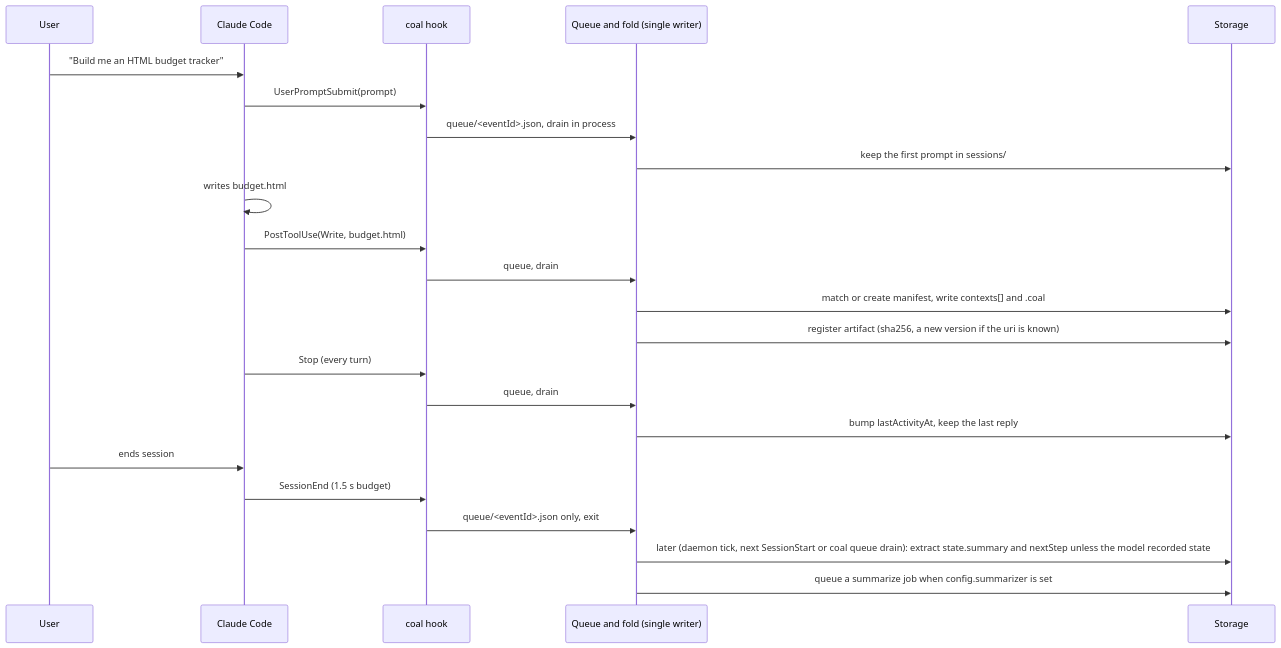
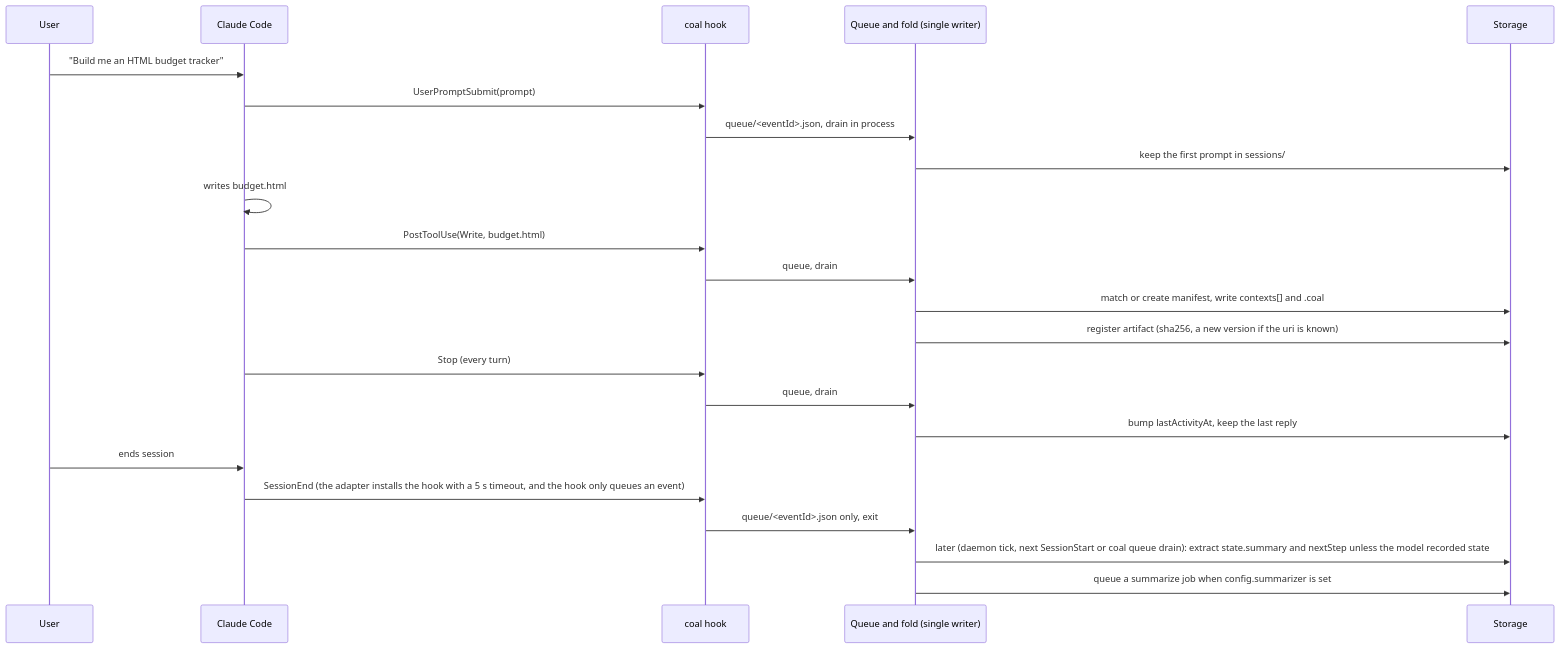
The third of 7 diagrams in docs/03-ARCHITECTURE.md (calebtonn/coal), drawn with Mermaid before and after one commit. The commit also changed 6 other files, not shown here.

````diff
--- a/docs/03-ARCHITECTURE.md
+++ b/docs/03-ARCHITECTURE.md
@@ -100,26 +100,26 @@
 ```mermaid
 sequenceDiagram
     participant U as User
     participant CC as Claude Code
     participant H as coal hook
     participant Q as Queue and fold (single writer)
     participant S as Storage
 
     U->>CC: "Build me an HTML budget tracker"
     CC->>H: UserPromptSubmit(prompt)
     H->>Q: queue/<eventId>.json, drain in process
     Q->>S: keep the first prompt in sessions/
     CC->>CC: writes budget.html
     CC->>H: PostToolUse(Write, budget.html)
     H->>Q: queue, drain
     Q->>S: match or create manifest, write contexts[] and .coal
     Q->>S: register artifact (sha256, a new version if the uri is known)
     CC->>H: Stop (every turn)
     H->>Q: queue, drain
     Q->>S: bump lastActivityAt, keep the last reply
     U->>CC: ends session
-    CC->>H: SessionEnd (1.5 s budget)
+    CC->>H: SessionEnd (the adapter installs the hook with a 5 s timeout, and the hook only queues an event)
     H->>Q: queue/<eventId>.json only, exit
     Q->>S: later (daemon tick, next SessionStart or coal queue drain): extract state.summary and nextStep unless the model recorded state
     Q->>S: queue a summarize job when config.summarizer is set
 ```
````
